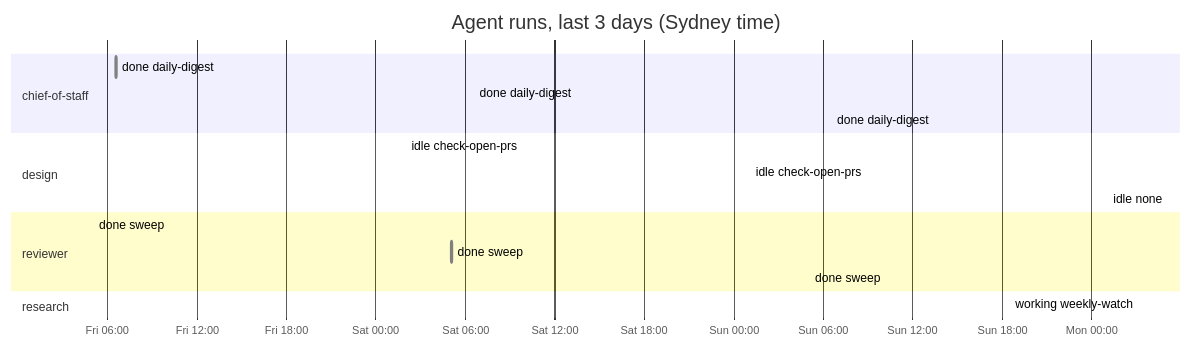
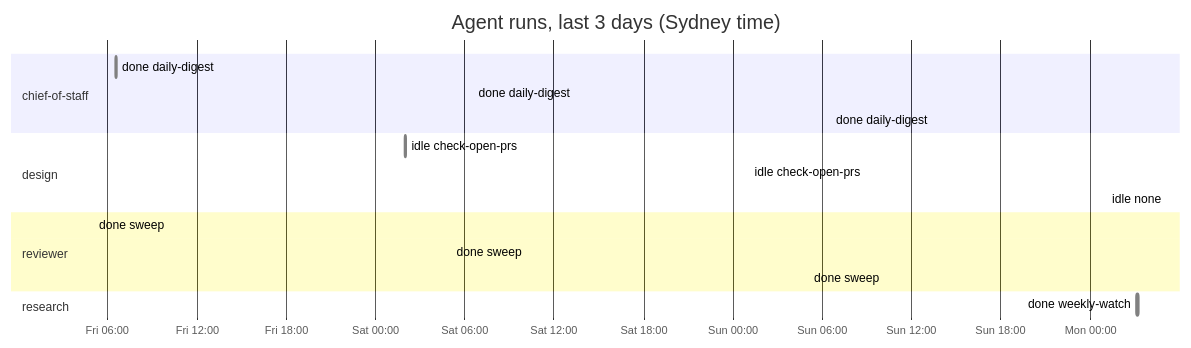
The diagram in dashboard.md (roulmediateam-byte/fifteen-expert-hq), drawn with Mermaid before and after one commit. The commit also changed other lines of this file and 1 other file, not shown here.

````diff
--- a/dashboard.md
+++ b/dashboard.md
@@ -41,20 +42,20 @@
 ```mermaid
 gantt
     title Agent runs, last 3 days (Sydney time)
     dateFormat YYYY-MM-DD HH:mm
     axisFormat %a %H:%M
     section chief-of-staff
     done daily-digest :done, 2026-11-13 06:34, 2026-11-13 06:36
     done daily-digest :done, 2026-11-14 06:35, 2026-11-14 06:36
     done daily-digest :done, 2026-11-15 06:35, 2026-11-15 06:36
     section design
     idle check-open-prs :done, 2026-11-14 02:01, 2026-11-14 02:02
     idle check-open-prs :done, 2026-11-15 01:08, 2026-11-15 01:09
     idle none :done, 2026-11-16 01:08, 2026-11-16 01:08
     section reviewer
     done sweep :done, 2026-11-13 05:05, 2026-11-13 05:05
     done sweep :done, 2026-11-14 05:05, 2026-11-14 05:06
     done sweep :done, 2026-11-15 05:07, 2026-11-15 05:08
     section research
-    working weekly-watch :active, 2026-11-16 03:10, 2026-11-16 03:10
+    done weekly-watch :done, 2026-11-16 03:10, 2026-11-16 03:17
 ```
````
